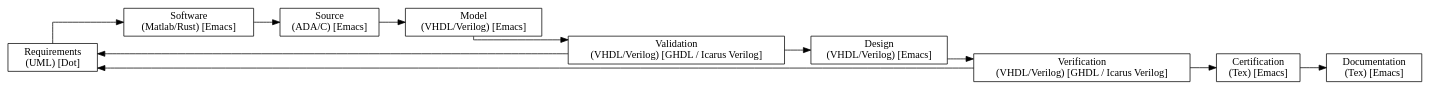
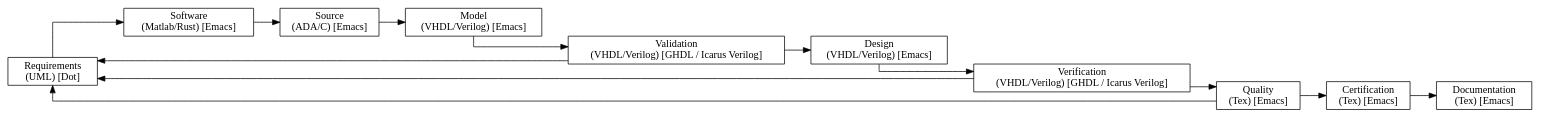
The diagram in doc/project.dot (PacoReinaCampo/MPSoC-NoC), drawn with Graphviz before and after one commit. The commit also changed 35 other files, not shown here.

```diff
--- a/doc/project.dot
+++ b/doc/project.dot
@@ -1,30 +1,33 @@
 digraph Project {
   // Introduction
   graph [rankdir = LR, splines=ortho];
   node[shape=record];
 
   // Blocks
   Requirements[label="Requirements \n(UML) [Dot]"];
   Software[label="Software \n(Matlab/Rust) [Emacs]"];
   Source[label="Source \n(ADA/C) [Emacs]"];
   Model[label="Model \n(VHDL/Verilog) [Emacs]"];
   Validation[label="Validation \n(VHDL/Verilog) [GHDL / Icarus Verilog]"];
   Design[label="Design \n(VHDL/Verilog) [Emacs]"];
   Verification[label="Verification \n(VHDL/Verilog) [GHDL / Icarus Verilog]"];
+  Quality[label="Quality \n(Tex) [Emacs]"];
   Certification[label="Certification \n(Tex) [Emacs]"];
   Documentation[label="Documentation \n(Tex) [Emacs]"];
 
   // Sequence
   Requirements -> Software;
   Software -> Source;
   Source -> Model;
   Model -> Validation;
   Validation -> Design;
   Design -> Verification;
-  Verification -> Certification;
+  Verification -> Quality;
+  Quality -> Certification;
   Certification -> Documentation;
 
   // Feedback
   Validation -> Requirements;
   Verification -> Requirements;
+  Quality -> Requirements;
 }
```
